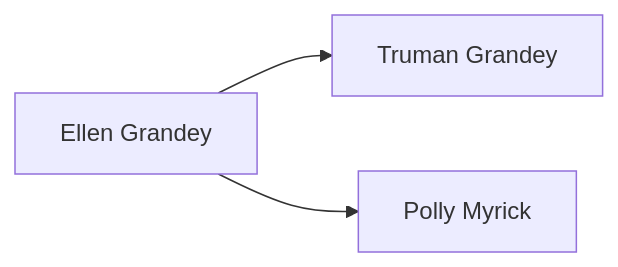
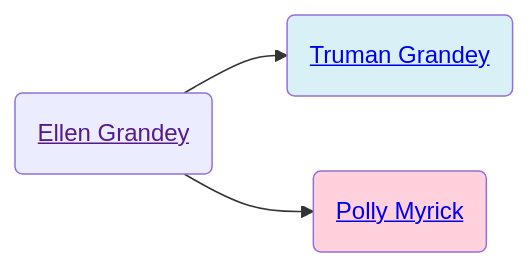
The diagram in familyhistory/sources/people/Merrill-line/Grandey-line/Ellen_Grandey.qmd (neelsmith/avocational), drawn with Mermaid before and after one commit. The commit also changed 71 other files, not shown here.

````diff
--- a/familyhistory/sources/people/Merrill-line/Grandey-line/Ellen_Grandey.qmd
+++ b/familyhistory/sources/people/Merrill-line/Grandey-line/Ellen_Grandey.qmd
@@ -19,5 +19,11 @@
 ```{mermaid}
 graph LR
-Ellen_Grandey[Ellen Grandey] -->  Truman_Grandey[Truman Grandey]
-Ellen_Grandey[Ellen Grandey]  --> Polly_Myrick[Polly Myrick]
+Ellen_Grandey(<a href=''>Ellen Grandey</>) -->  Truman_Grandey(<a href='./Truman_Grandey.html'>Truman Grandey</>)
+class Truman_Grandey father
+Ellen_Grandey(<a href=''>Ellen Grandey</>)  --> Polly_Myrick(<a href='./../White-line/Grandey/Polly_Myrick.html'>Polly Myrick</>)
+class Polly_Myrick mother
+classDef mother fill:#ffd1dc
+classDef father fill:#daf0f7  
+classDef marriage fill:#ffffff
+
 ```
````
